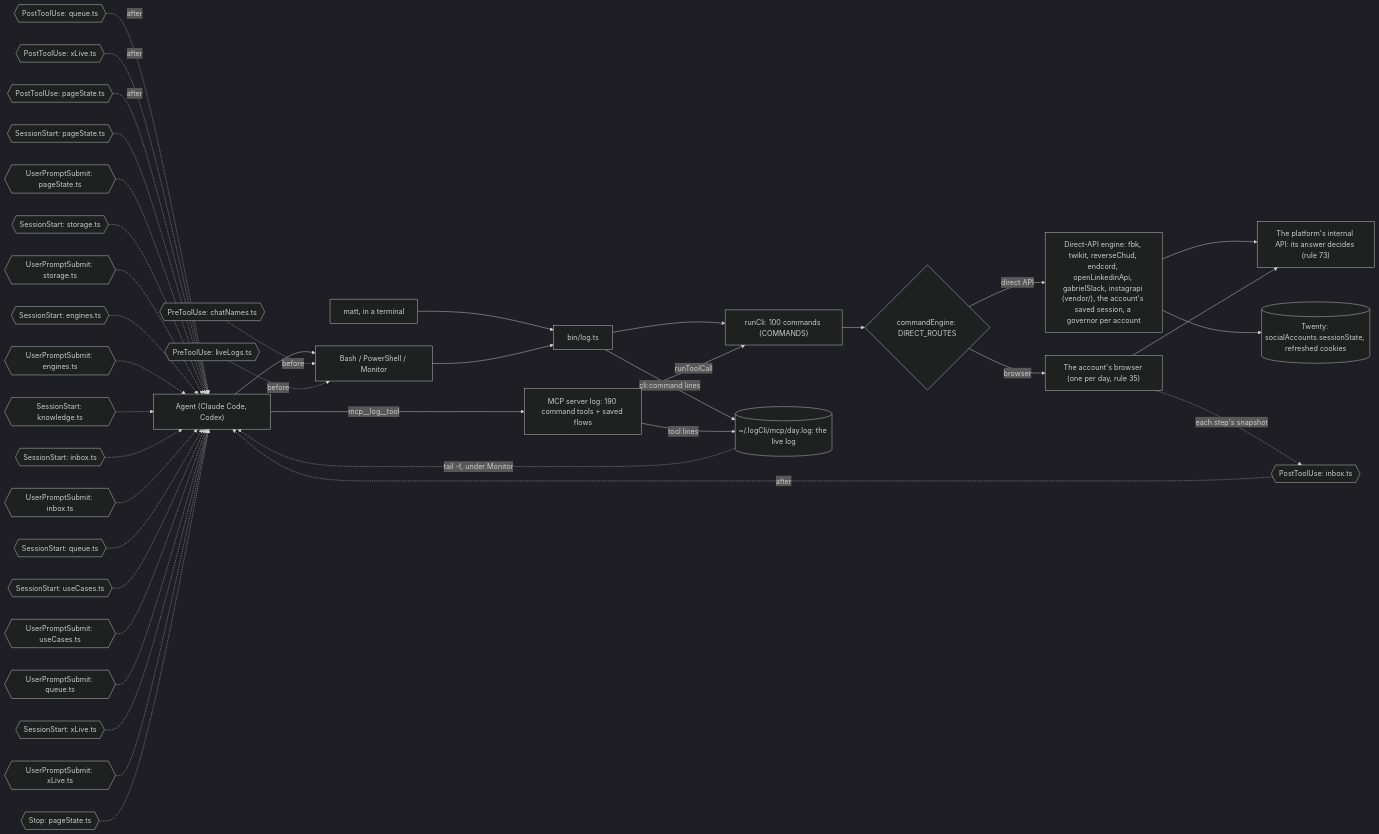
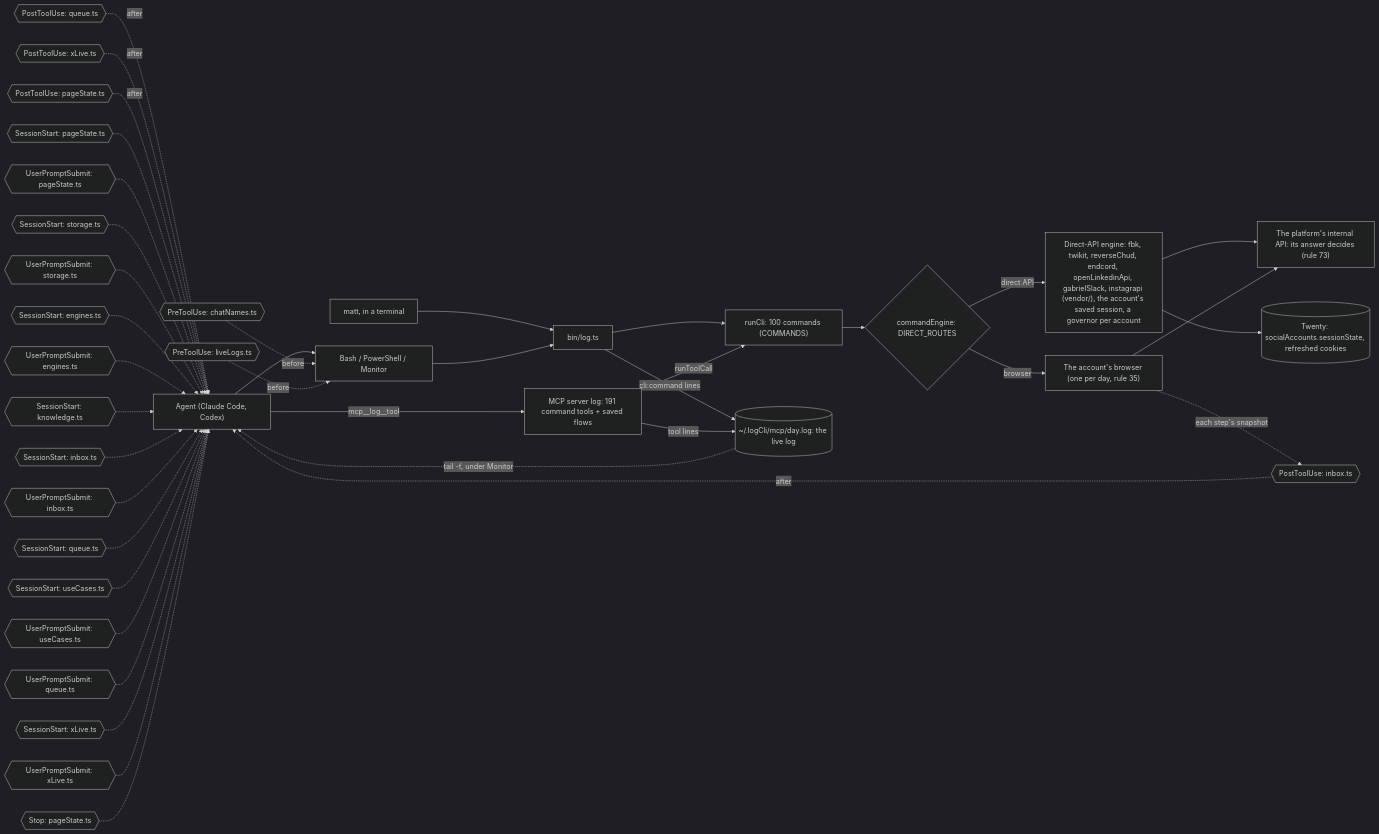
One commit to matthewdonsemail-lab/log changed the third of 6 diagrams in docs/reference.md. Above: the diagram before and after it, drawn with Mermaid (dark theme). The commit also changed other lines of this file and 27 other files, not shown here.

````diff
--- a/docs/reference.md
+++ b/docs/reference.md
@@ -191,53 +191,53 @@
 ```mermaid
 flowchart LR
   agent["Agent (Claude Code, Codex)"]
   matt["matt, in a terminal"]
   shell["Bash / PowerShell / Monitor"]
-  mcp["MCP server log: 190 command tools + saved flows"]
+  mcp["MCP server log: 191 command tools + saved flows"]
   bin["bin/log.ts"]
   runCli["runCli: 100 commands (COMMANDS)"]
   live[("~/.logCli/mcp/day.log: the live log")]
   engine{"commandEngine: DIRECT_ROUTES"}
   direct["Direct-API engine: fbk, twikit, reverseChud, endcord, openLinkedinApi, gabrielSlack, instagrapi (vendor/), the account's saved session, a governor per account"]
   browser["The account's browser (one per day, rule 35)"]
   api["The platform's internal API: its answer decides (rule 73)"]
   twenty[("Twenty: socialAccounts.sessionState, refreshed cookies")]
   agent --> shell
   matt --> bin
   shell --> bin
   agent -->|mcp__log__tool| mcp
   bin --> runCli
   mcp -->|runToolCall| runCli
   runCli --> engine
   engine -->|direct API| direct
   engine -->|browser| browser
   direct --> api
   browser --> api
   direct --> twenty
   bin -->|cli:command lines| live
   mcp -->|tool lines| live
   live -.->|tail -f, under Monitor| agent
   pre0{{"PreToolUse: chatNames.ts"}} -.->|before| shell
   pre1{{"PreToolUse: liveLogs.ts"}} -.->|before| shell
   post0{{"PostToolUse: inbox.ts"}} -.->|after| agent
   post1{{"PostToolUse: queue.ts"}} -.->|after| agent
   post2{{"PostToolUse: xLive.ts"}} -.->|after| agent
   post3{{"PostToolUse: pageState.ts"}} -.->|after| agent
   turn0{{"SessionStart: pageState.ts"}} -.-> agent
   turn1{{"UserPromptSubmit: pageState.ts"}} -.-> agent
   turn2{{"SessionStart: storage.ts"}} -.-> agent
   turn3{{"UserPromptSubmit: storage.ts"}} -.-> agent
   turn4{{"SessionStart: engines.ts"}} -.-> agent
   turn5{{"UserPromptSubmit: engines.ts"}} -.-> agent
   turn6{{"SessionStart: knowledge.ts"}} -.-> agent
   turn7{{"SessionStart: inbox.ts"}} -.-> agent
   turn8{{"UserPromptSubmit: inbox.ts"}} -.-> agent
   turn9{{"SessionStart: queue.ts"}} -.-> agent
   turn10{{"SessionStart: useCases.ts"}} -.-> agent
   turn11{{"UserPromptSubmit: useCases.ts"}} -.-> agent
   turn12{{"UserPromptSubmit: queue.ts"}} -.-> agent
   turn13{{"SessionStart: xLive.ts"}} -.-> agent
   turn14{{"UserPromptSubmit: xLive.ts"}} -.-> agent
   turn15{{"Stop: pageState.ts"}} -.-> agent
   browser -.->|each step's snapshot| post0
 ```
````
